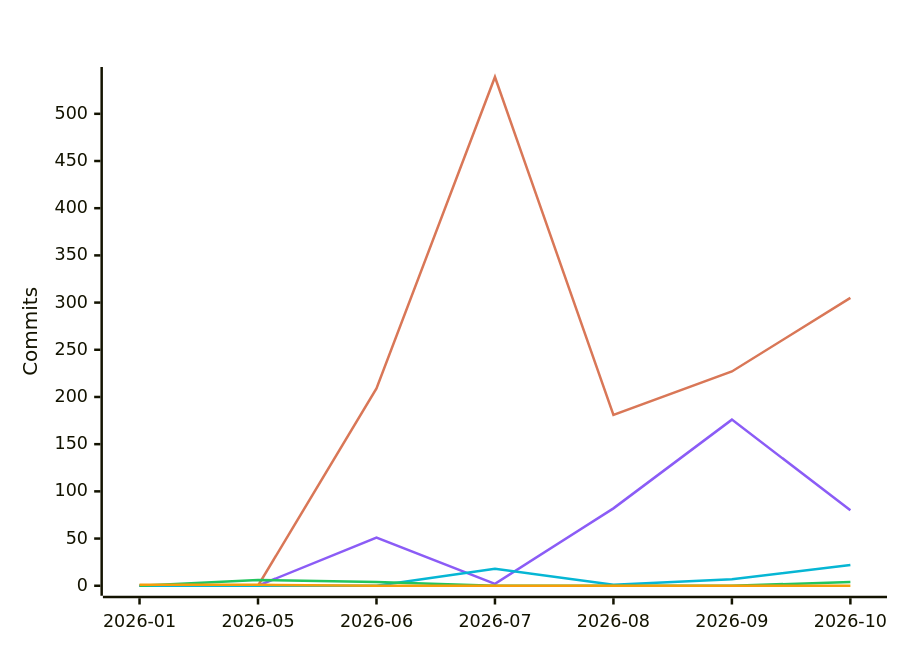
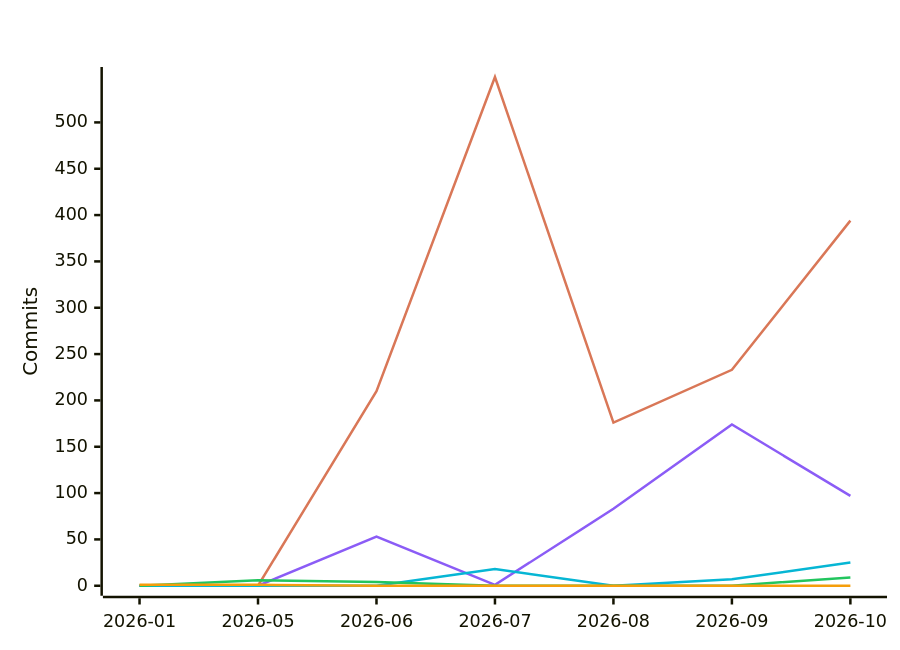
The fifth of 7 diagrams in README.md (polo-nyan/polo-nyan), drawn with Mermaid before and after one commit. The commit also changed other lines of this file and 1 other file, not shown here.

````diff
--- a/README.md
+++ b/README.md
@@ -313,12 +313,12 @@
 ```mermaid
 %%{init: {"xyChart": {"titleColor": "#ffffff", "xAxisLabelColor": "#ffffff", "yAxisLabelColor": "#ffffff"}, "themeVariables": {"xyChart": {"titleColor": "#ffffff", "plotColorPalette": "#d97757, #8b5cf6, #06b6d4, #22c55e, #f59e0b, #ec4899"}}}}%%
 xychart-beta
     title "Commits Per Month by Model Family"
     x-axis ["2026-01", "2026-05", "2026-06", "2026-07", "2026-08", "2026-09", "2026-10"]
     y-axis "Commits"
-    line [0, 0, 209, 539, 181, 227, 305]
-    line [0, 0, 51, 2, 82, 176, 80]
-    line [0, 0, 0, 18, 1, 7, 22]
-    line [0, 6, 4, 0, 0, 0, 4]
+    line [0, 0, 210, 549, 176, 233, 394]
+    line [0, 0, 53, 1, 83, 174, 97]
+    line [0, 0, 0, 18, 0, 7, 25]
+    line [0, 6, 4, 0, 0, 0, 9]
     line [1, 1, 0, 0, 0, 0, 0]
 ```
````
